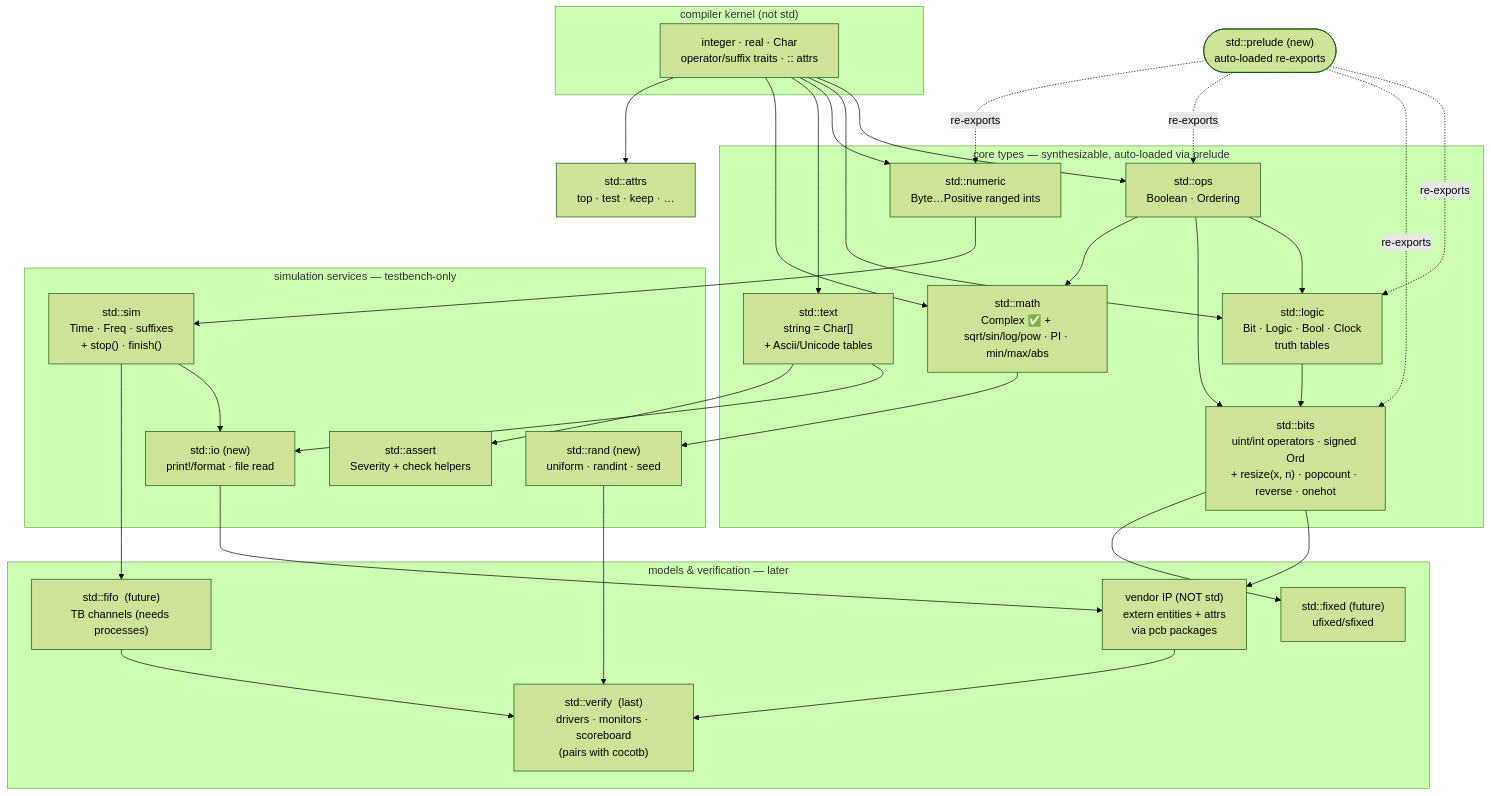
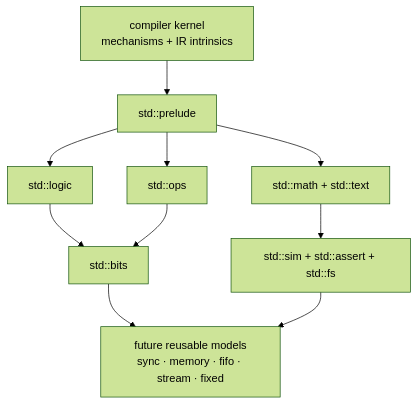
The diagram in docs/proposals/std-buildout.md (Siox-lang/sioxc), drawn with Mermaid (forest theme) before and after one commit. The commit also changed other lines of this file and 11 other files, not shown here.

Commit message:
Reorganize roadmap by compiler layer

````diff
--- a/docs/proposals/std-buildout.md
+++ b/docs/proposals/std-buildout.md
@@ -51,59 +20,21 @@
 ```mermaid
 flowchart TD
-    subgraph kernel ["compiler kernel (not std)"]
-        K["integer · real · Char\noperator/suffix traits · :: attrs"]
-    end
+    K["compiler kernel<br/>mechanisms + IR intrinsics"]
+    P["std::prelude"]
+    OPS["std::ops"]
+    LOGIC["std::logic"]
+    BITS["std::bits"]
+    CORE["std::math + std::text"]
+    SIM["std::sim + std::assert + std::fs"]
+    MODEL["future reusable models<br/>sync · memory · fifo · stream · fixed"]
 
-    subgraph core ["core types — synthesizable, auto-loaded via prelude"]
-        OPS["std::ops\nBoolean · Ordering"]
-        LOGIC["std::logic\nBit · Logic · Bool · Clock\ntruth tables"]
-        BITS["std::bits\nuint/int operators · signed Ord\n+ resize(x, n) · popcount · reverse · onehot"]
-        NUM["std::numeric\nByte…Positive ranged ints"]
-        TEXT["std::text\nstring = Char[]\n+ Ascii/Unicode tables"]
-        MATH["std::math\nComplex ✅ + sqrt/sin/log/pow · PI · min/max/abs"]
-    end
-
-    subgraph simsvc ["simulation services — testbench-only"]
-        SIM["std::sim\nTime · Freq · suffixes\n+ stop() · finish()"]
-        IO["std::io  (new)\nprint!/format · file read"]
-        RAND["std::rand  (new)\nuniform · randint · seed"]
-        ASSERT["std::assert\nSeverity + check helpers"]
-    end
-
-    subgraph models ["models & verification — later"]
-        MEM["vendor IP (NOT std)\nextern entities + attrs\nvia pcb packages"]
-        FIXED["std::fixed  (future)\nufixed/sfixed"]
-        FIFO["std::fifo  (future)\nTB channels (needs processes)"]
-        VERIFY["std::verify  (last)\ndrivers · monitors · scoreboard\n(pairs with cocotb)"]
-    end
-
-    ATTRS["std::attrs\ntop · test · keep · …"]
-    PRELUDE(["std::prelude  (new)\nauto-loaded re-exports"])
-
-    K --> OPS
-    K --> LOGIC
-    OPS --> LOGIC
+    K --> P
+    P --> OPS
+    P --> LOGIC
     LOGIC --> BITS
     OPS --> BITS
-    K --> NUM
-    K --> TEXT
-    K --> MATH
-    OPS --> MATH
-    NUM --> SIM
-    TEXT --> IO
-    SIM --> IO
-    MATH --> RAND
-    TEXT --> ASSERT
-    BITS --> MEM
-    IO --> MEM
-    BITS --> FIXED
-    SIM --> FIFO
-    RAND --> VERIFY
-    FIFO --> VERIFY
-    MEM --> VERIFY
-    PRELUDE -.re-exports.-> LOGIC
-    PRELUDE -.re-exports.-> BITS
-    PRELUDE -.re-exports.-> OPS
-    PRELUDE -.re-exports.-> NUM
-    K --> ATTRS
+    P --> CORE
+    CORE --> SIM
+    BITS --> MODEL
+    SIM --> MODEL
 ```
````
